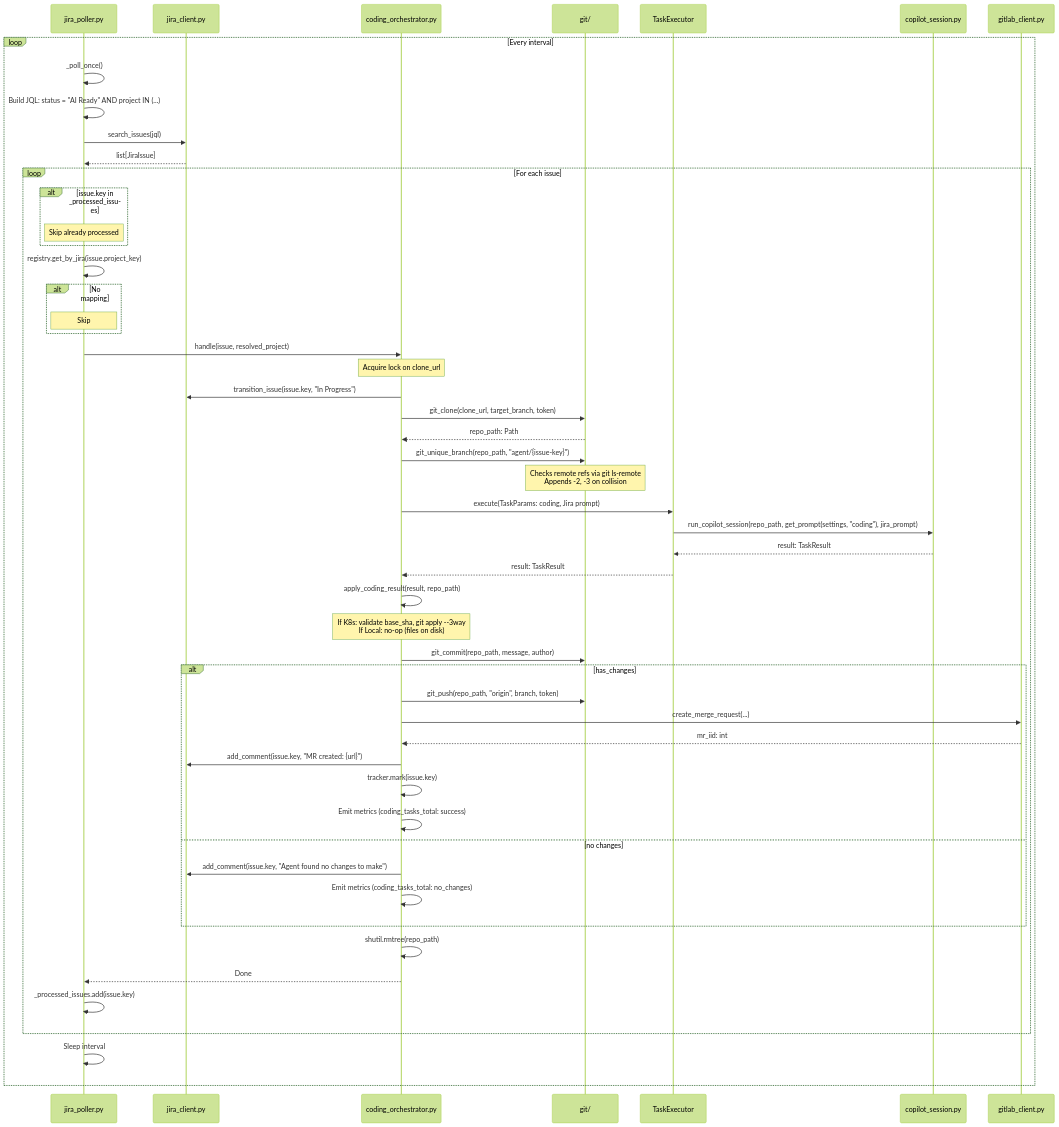
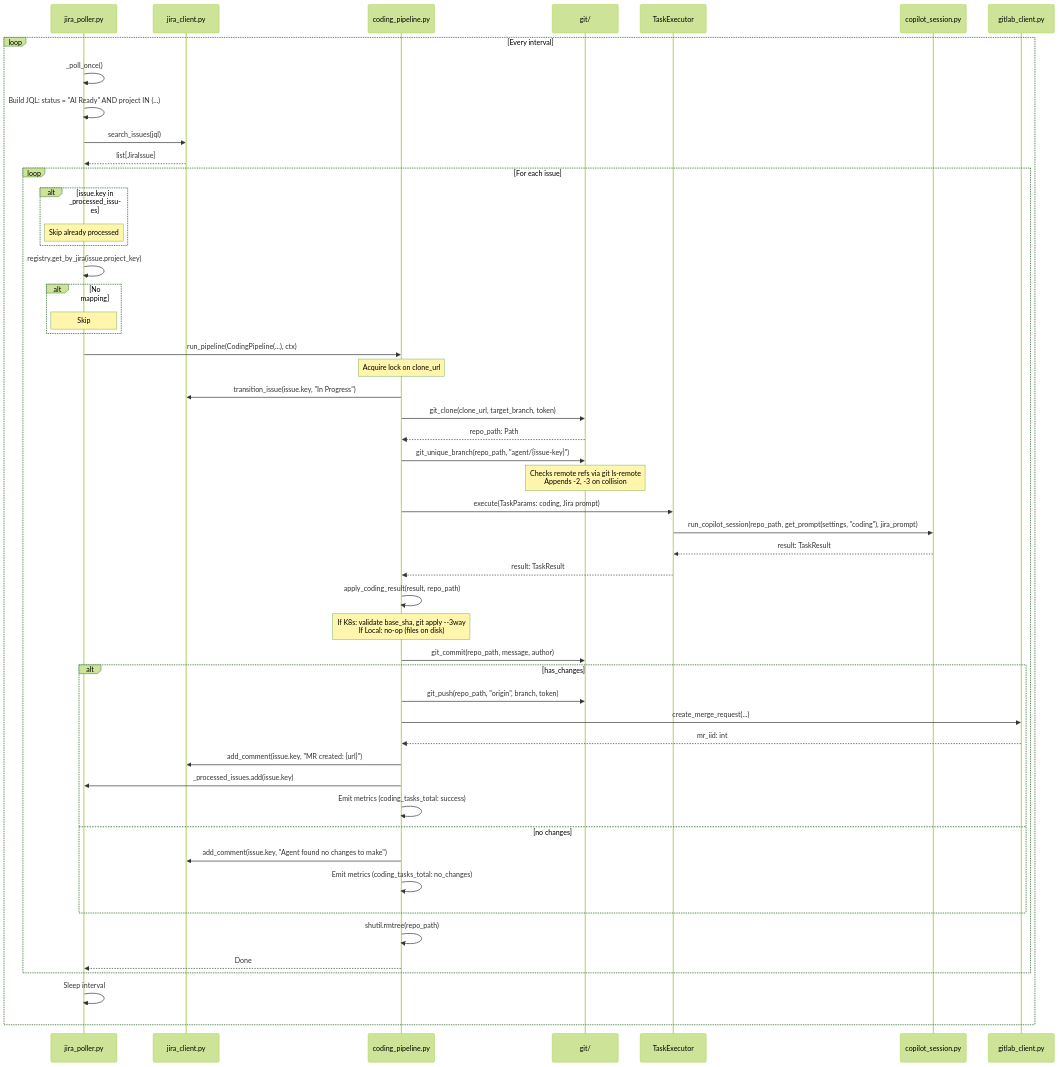
The fifth of 5 diagrams in docs/wiki/request-flows.md (peteroden/gitlab-copilot-agent), drawn with Mermaid (forest theme) before and after one commit. The commit also changed other lines of this file and 30 other files, not shown here.

````diff
--- a/docs/wiki/request-flows.md
+++ b/docs/wiki/request-flows.md
@@ -314,67 +314,65 @@
 ```mermaid
 sequenceDiagram
     participant POLL as jira_poller.py
     participant JCL as jira_client.py
-    participant CODING as coding_orchestrator.py
+    participant CPIPE as coding_pipeline.py
     participant GIT as git/
     participant EXEC as TaskExecutor
     participant COP as copilot_session.py
     participant GLCL as gitlab_client.py
     
     loop Every interval
         POLL->>POLL: _poll_once()
         POLL->>POLL: Build JQL: status = "AI Ready" AND project IN (...)
         POLL->>JCL: search_issues(jql)
         JCL-->>POLL: list[JiraIssue]
         
         loop For each issue
             alt issue.key in _processed_issues
                 Note over POLL: Skip already processed
             end
             
             POLL->>POLL: registry.get_by_jira(issue.project_key)
             alt No mapping
                 Note over POLL: Skip
             end
             
-            POLL->>CODING: handle(issue, resolved_project)
+            POLL->>CPIPE: run_pipeline(CodingPipeline(...), ctx)
             
-            Note over CODING: Acquire lock on clone_url
+            Note over CPIPE: Acquire lock on clone_url
             
-            CODING->>JCL: transition_issue(issue.key, "In Progress")
-            CODING->>GIT: git_clone(clone_url, target_branch, token)
-            GIT-->>CODING: repo_path: Path
+            CPIPE->>JCL: transition_issue(issue.key, "In Progress")
+            CPIPE->>GIT: git_clone(clone_url, target_branch, token)
+            GIT-->>CPIPE: repo_path: Path
             
-            CODING->>GIT: git_unique_branch(repo_path, "agent/{issue-key}")
+            CPIPE->>GIT: git_unique_branch(repo_path, "agent/{issue-key}")
             Note over GIT: Checks remote refs via git ls-remote<br/>Appends -2, -3 on collision
             
-            CODING->>EXEC: execute(TaskParams: coding, Jira prompt)
+            CPIPE->>EXEC: execute(TaskParams: coding, Jira prompt)
             EXEC->>COP: run_copilot_session(repo_path, get_prompt(settings, "coding"), jira_prompt)
             COP-->>EXEC: result: TaskResult
-            EXEC-->>CODING: result: TaskResult
+            EXEC-->>CPIPE: result: TaskResult
             
-            CODING->>CODING: apply_coding_result(result, repo_path)
-            Note over CODING: If K8s: validate base_sha, git apply --3way<br/>If Local: no-op (files on disk)
+            CPIPE->>CPIPE: apply_coding_result(result, repo_path)
+            Note over CPIPE: If K8s: validate base_sha, git apply --3way<br/>If Local: no-op (files on disk)
             
-            CODING->>GIT: git_commit(repo_path, message, author)
+            CPIPE->>GIT: git_commit(repo_path, message, author)
             alt has_changes
-                CODING->>GIT: git_push(repo_path, "origin", branch, token)
-                CODING->>GLCL: create_merge_request(...)
-                GLCL-->>CODING: mr_iid: int
-                CODING->>JCL: add_comment(issue.key, "MR created: {url}")
-                CODING->>CODING: tracker.mark(issue.key)
-                CODING->>CODING: Emit metrics (coding_tasks_total: success)
+                CPIPE->>GIT: git_push(repo_path, "origin", branch, token)
+                CPIPE->>GLCL: create_merge_request(...)
+                GLCL-->>CPIPE: mr_iid: int
+                CPIPE->>JCL: add_comment(issue.key, "MR created: {url}")
+                CPIPE->>POLL: _processed_issues.add(issue.key)
+                CPIPE->>CPIPE: Emit metrics (coding_tasks_total: success)
             else no changes
-                CODING->>JCL: add_comment(issue.key, "Agent found no changes to make")
-                CODING->>CODING: Emit metrics (coding_tasks_total: no_changes)
+                CPIPE->>JCL: add_comment(issue.key, "Agent found no changes to make")
+                CPIPE->>CPIPE: Emit metrics (coding_tasks_total: no_changes)
             end
             
-            CODING->>CODING: shutil.rmtree(repo_path)
-            CODING-->>POLL: Done
-            
-            POLL->>POLL: _processed_issues.add(issue.key)
+            CPIPE->>CPIPE: shutil.rmtree(repo_path)
+            CPIPE-->>POLL: Done
         end
         
         POLL->>POLL: Sleep interval
     end
 ```
````
